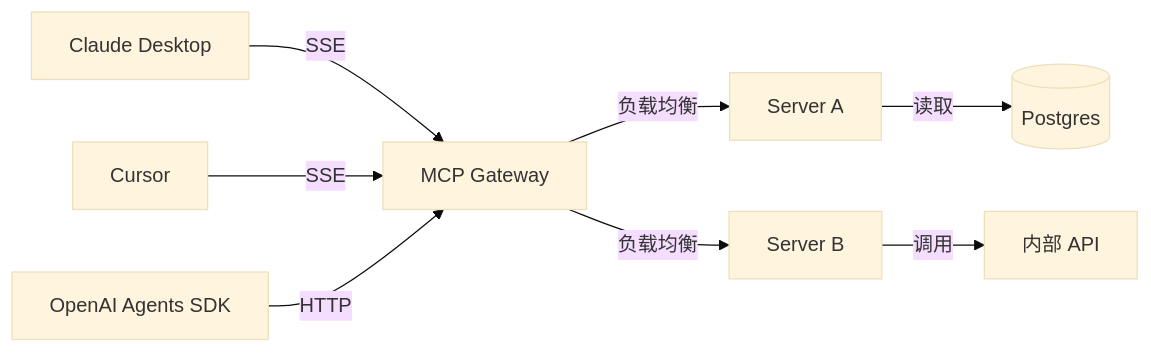
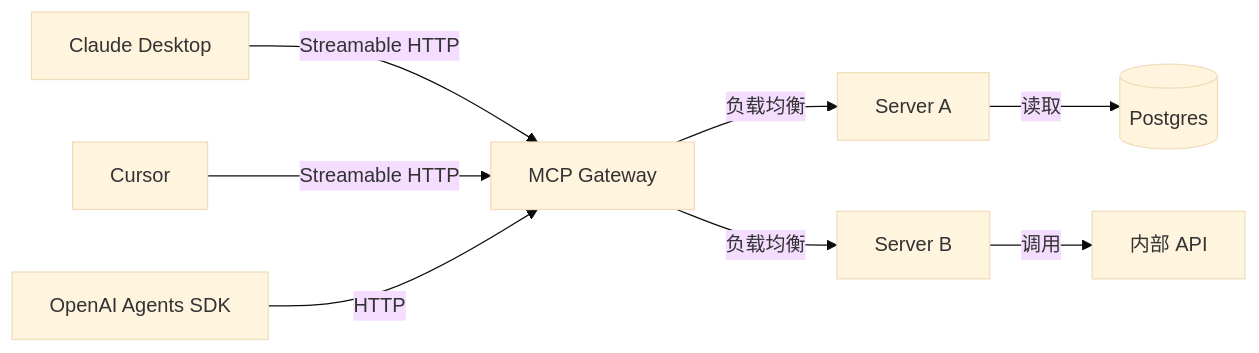
The fourth of 6 diagrams in docs/05-agent/mcp/03-architecture.md (cypggs/AI_Infra_Handbook), drawn with Mermaid (base theme) before and after one commit. The commit also changed other lines of this file and 11 other files, not shown here.

````diff
--- a/docs/05-agent/mcp/03-architecture.md
+++ b/docs/05-agent/mcp/03-architecture.md
@@ -137,10 +141,10 @@
 ```mermaid
 flowchart LR
-    H1[Claude Desktop] -->|SSE| GW[MCP Gateway]
-    H2[Cursor] -->|SSE| GW
+    H1[Claude Desktop] -->|Streamable HTTP| GW[MCP Gateway]
+    H2[Cursor] -->|Streamable HTTP| GW
     H3[OpenAI Agents SDK] -->|HTTP| GW
     GW -->|负载均衡| S1[Server A]
     GW -->|负载均衡| S2[Server B]
     S1 -->|读取| DB[(Postgres)]
     S2 -->|调用| API[内部 API]
 ```
````
